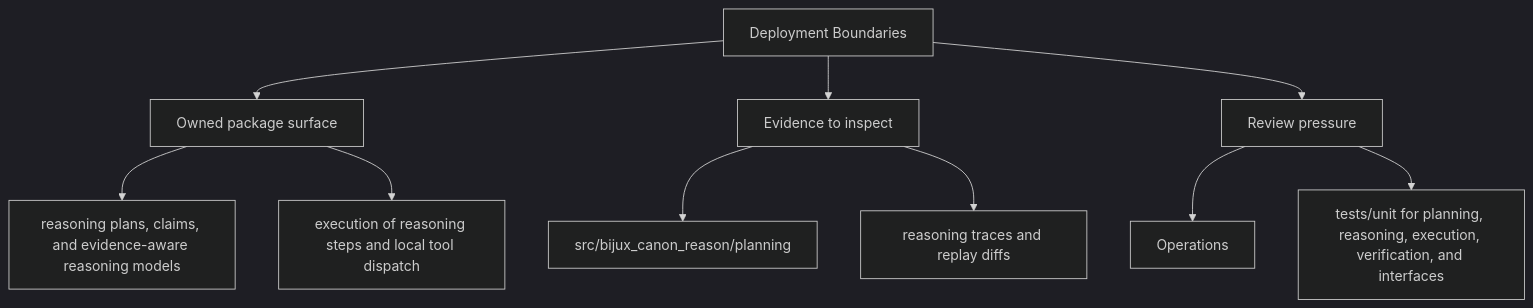
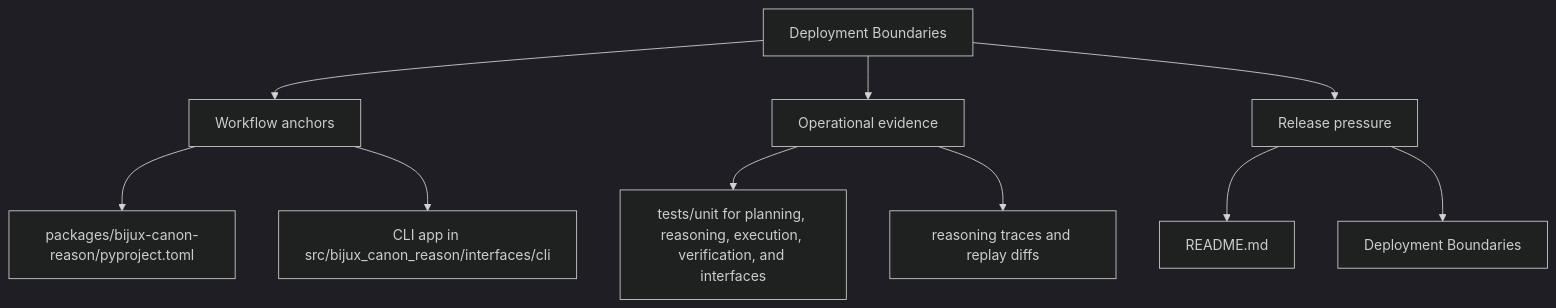
The second of 2 diagrams in docs/bijux-canon-reason/operations/deployment-boundaries.md (bijux/bijux-canon), drawn with Mermaid (dark theme) before and after one commit. The commit also changed other lines of this file and 250 other files, not shown here.

Commit message:
docs(diagrams): make product page maps more readable

````diff
--- a/docs/bijux-canon-reason/operations/deployment-boundaries.md
+++ b/docs/bijux-canon-reason/operations/deployment-boundaries.md
@@ -34,22 +34,22 @@
 ```mermaid
 flowchart TD
     page["Deployment Boundaries"]
-    focus1["Owned package surface"]
+    focus1["Workflow anchors"]
     page --> focus1
-    focus1_1["reasoning plans, claims, and evidence-aware reasoning models"]
+    focus1_1["packages/bijux-canon-reason/pyproject.toml"]
     focus1 --> focus1_1
-    focus1_2["execution of reasoning steps and local tool dispatch"]
+    focus1_2["CLI app in src/bijux_canon_reason/interfaces/cli"]
     focus1 --> focus1_2
-    focus2["Evidence to inspect"]
+    focus2["Operational evidence"]
     page --> focus2
-    focus2_1["src/bijux_canon_reason/planning"]
+    focus2_1["tests/unit for planning, reasoning, execution, verification, and interfaces"]
     focus2 --> focus2_1
     focus2_2["reasoning traces and replay diffs"]
     focus2 --> focus2_2
-    focus3["Review pressure"]
+    focus3["Release pressure"]
     page --> focus3
-    focus3_1["Operations"]
+    focus3_1["README.md"]
     focus3 --> focus3_1
-    focus3_2["tests/unit for planning, reasoning, execution, verification, and interfaces"]
+    focus3_2["Deployment Boundaries"]
     focus3 --> focus3_2
 ```
````
